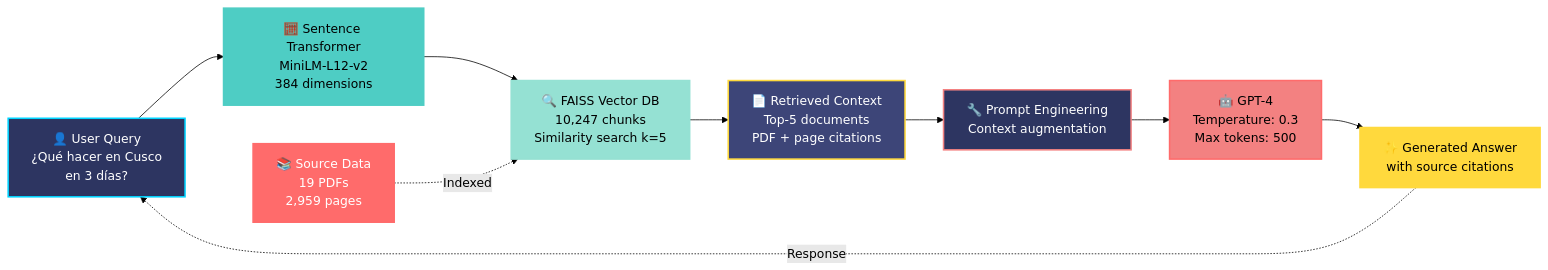
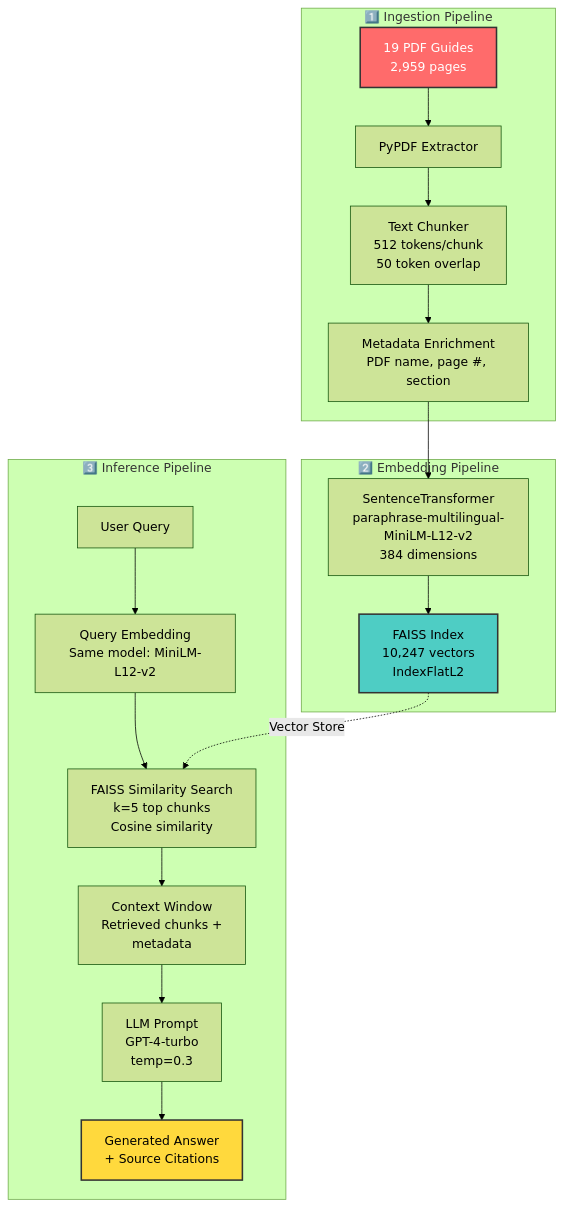
The diagram in README.md (ALICIACANTA-PORTFOLIO/peruguide-rag), drawn with Mermaid (forest theme) before and after one commit. The commit also changed other lines of this file and 6 other files, not shown here.

````diff
--- a/README.md
+++ b/README.md
@@ -145,21 +61,27 @@
 ```mermaid
-graph LR
-    A[👤 User Query<br/>¿Qué hacer en Cusco<br/>en 3 días?] --> B[🧮 Sentence Transformer<br/>MiniLM-L12-v2<br/>384 dimensions]
-    B --> C[🔍 FAISS Vector DB<br/>10,247 chunks<br/>Similarity search k=5]
-    C --> D[📄 Retrieved Context<br/>Top-5 documents<br/>PDF + page citations]
-    D --> E[🔧 Prompt Engineering<br/>Context augmentation]
-    E --> F[🤖 GPT-4<br/>Temperature: 0.3<br/>Max tokens: 500]
-    F --> G[✨ Generated Answer<br/>with source citations]
-    G -.->|Response| A
+graph TB
+    subgraph "1️⃣ Ingestion Pipeline"
+        A[19 PDF Guides<br/>2,959 pages] --> B[PyPDF Extractor]
+        B --> C[Text Chunker<br/>512 tokens/chunk<br/>50 token overlap]
+        C --> D[Metadata Enrichment<br/>PDF name, page #, section]
+    end
     
-    H[📚 Source Data<br/>19 PDFs<br/>2,959 pages] -.->|Indexed| C
+    subgraph "2️⃣ Embedding Pipeline"
+        D --> E[SentenceTransformer<br/>paraphrase-multilingual-MiniLM-L12-v2<br/>384 dimensions]
+        E --> F[FAISS Index<br/>10,247 vectors<br/>IndexFlatL2]
+    end
     
-    style A fill:#2d3561,stroke:#00d4ff,stroke-width:2px,color:#fff
-    style B fill:#4ecdc4,stroke:#4ecdc4,stroke-width:2px,color:#000
-    style C fill:#95e1d3,stroke:#95e1d3,stroke-width:2px,color:#000
-    style D fill:#3d4578,stroke:#ffd93d,stroke-width:2px,color:#fff
-    style E fill:#2d3561,stroke:#f38181,stroke-width:2px,color:#fff
-    style F fill:#f38181,stroke:#ff6b6b,stroke-width:2px,color:#000
-    style G fill:#ffd93d,stroke:#ffd93d,stroke-width:2px,color:#000
-    style H fill:#ff6b6b,stroke:#ff6b6b,stroke-width:2px,color:#fff
+    subgraph "3️⃣ Inference Pipeline"
+        G[User Query] --> H[Query Embedding<br/>Same model: MiniLM-L12-v2]
+        H --> I[FAISS Similarity Search<br/>k=5 top chunks<br/>Cosine similarity]
+        I --> J[Context Window<br/>Retrieved chunks +<br/>metadata]
+        J --> K[LLM Prompt<br/>GPT-4-turbo<br/>temp=0.3]
+        K --> L[Generated Answer<br/>+ Source Citations]
+    end
+    
+    F -.->|Vector Store| I
+    
+    style A fill:#ff6b6b,stroke:#333,stroke-width:2px,color:#fff
+    style F fill:#4ecdc4,stroke:#333,stroke-width:2px,color:#000
+    style L fill:#ffd93d,stroke:#333,stroke-width:2px,color:#000
 ```
````
